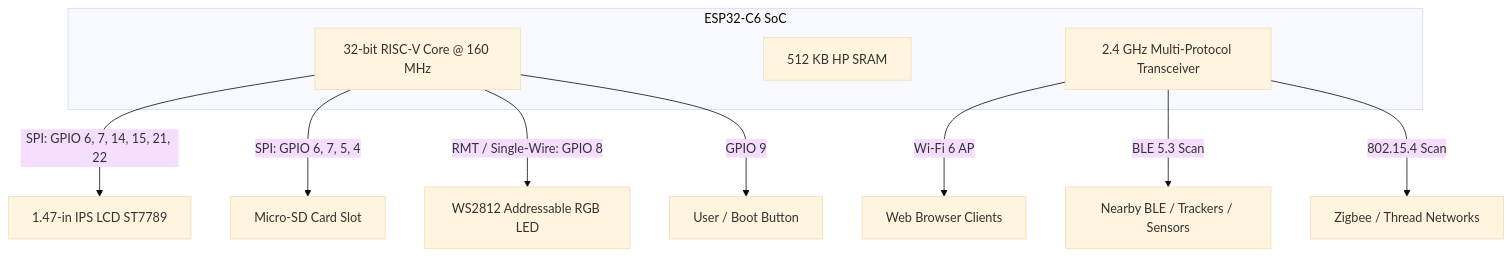
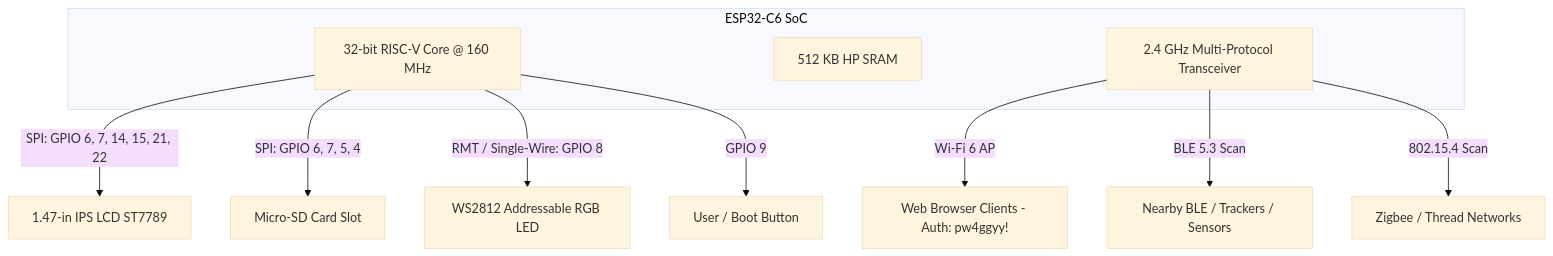
One commit to ChipCLee/esp32 changed the first of 3 diagrams in lafvin/design.md. Above: the diagram before and after it, drawn with Mermaid (base theme). The commit also changed other lines of this file, not shown here.

Commit message:
Add password protection requirement and default credentials (pw4ggyy!) to design.md

````diff
--- a/lafvin/design.md
+++ b/lafvin/design.md
@@ -49,17 +52,17 @@
 ```mermaid
 flowchart TD
     subgraph ESP32-C6 SoC
         CPU[32-bit RISC-V Core @ 160 MHz]
         RAM[512 KB HP SRAM]
         RADIO[2.4 GHz Multi-Protocol Transceiver]
     end
 
-    RADIO -->|Wi-Fi 6 AP| WEB[Web Browser Clients]
+    RADIO -->|Wi-Fi 6 AP| WEB[Web Browser Clients - Auth: pw4ggyy!]
     RADIO -->|BLE 5.3 Scan| BLE_DEV[Nearby BLE / Trackers / Sensors]
     RADIO -->|802.15.4 Scan| ZB_DEV[Zigbee / Thread Networks]
 
     CPU -->|SPI: GPIO 6, 7, 14, 15, 21, 22| LCD[1.47-in IPS LCD ST7789]
     CPU -->|SPI: GPIO 6, 7, 5, 4| SD[Micro-SD Card Slot]
     CPU -->|RMT / Single-Wire: GPIO 8| LED[WS2812 Addressable RGB LED]
     CPU -->|GPIO 9| BTN[User / Boot Button]
 ```
````
